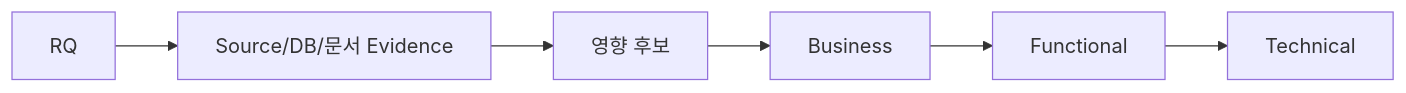
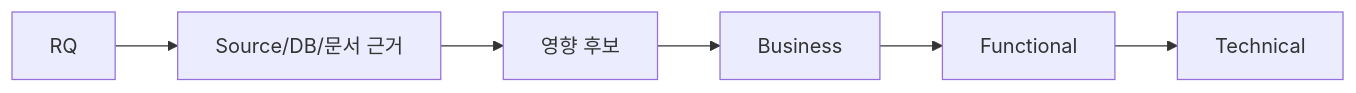
The fourth of 8 diagrams in sdlc/guides/01_SDLC_전체가이드.md (Seunghyun0606/SDLC_DDD_SDD), drawn with Mermaid before and after one commit. The commit also changed other lines of this file, not shown here.

````diff
--- a/sdlc/guides/01_SDLC_전체가이드.md
+++ b/sdlc/guides/01_SDLC_전체가이드.md
@@ -38,4 +42,4 @@
 ```mermaid
 flowchart LR
-    RQ["RQ"] --> E["Source/DB/문서 Evidence"] --> C["영향 후보"] --> B["Business"] --> F["Functional"] --> T["Technical"]
+    RQ["RQ"] --> E["Source/DB/문서 근거"] --> C["영향 후보"] --> B["Business"] --> F["Functional"] --> T["Technical"]
 ```
````
